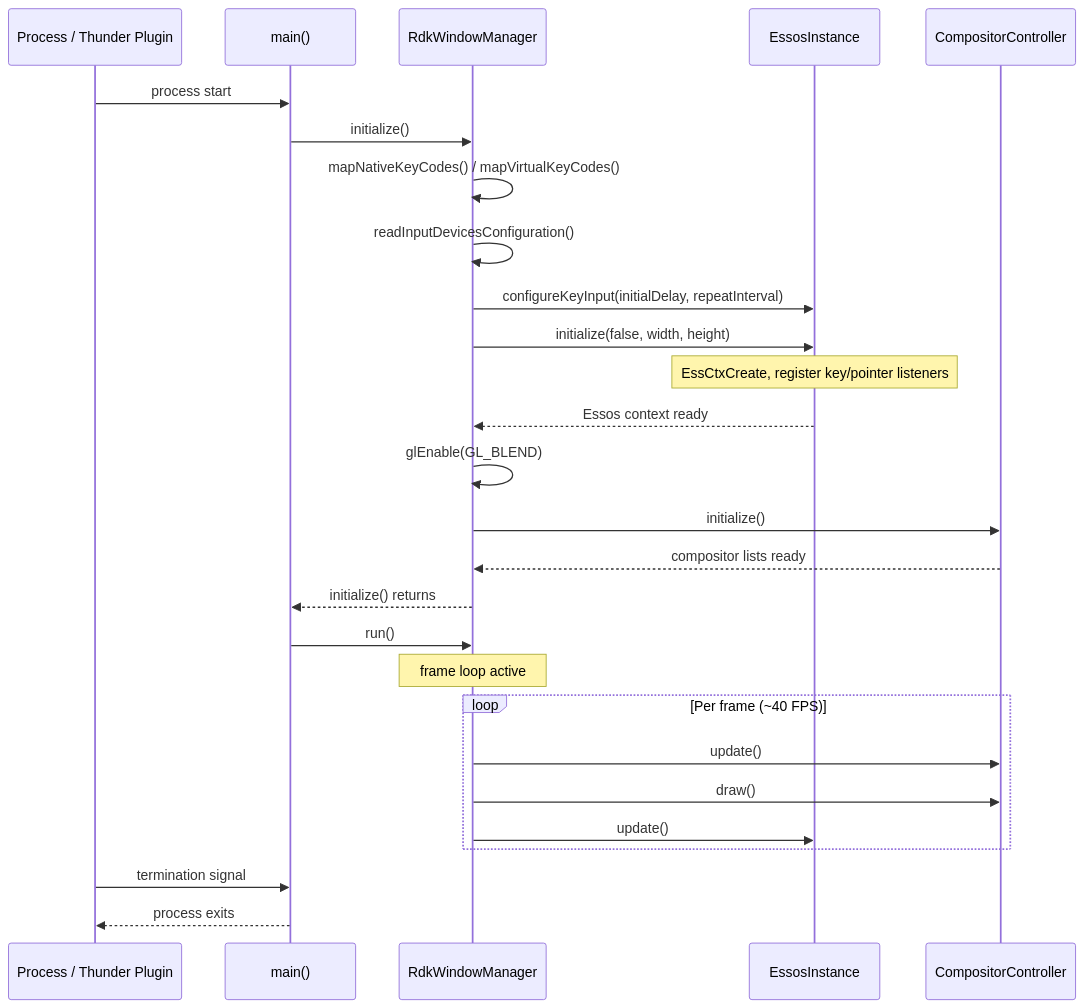
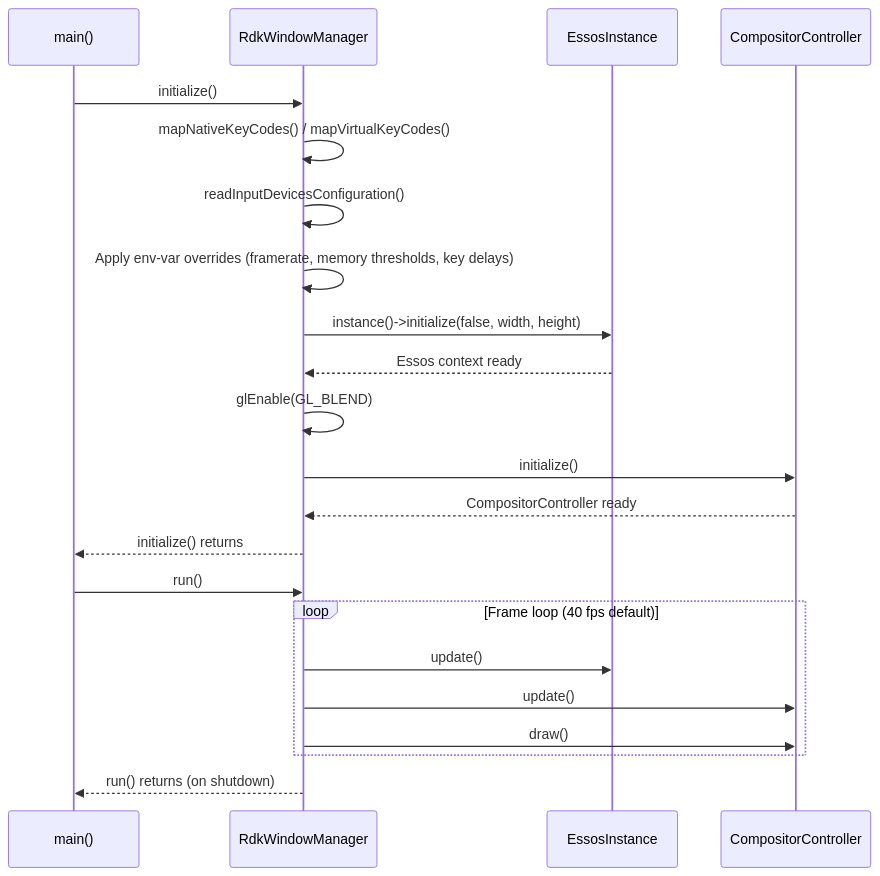
One commit to rns21/RDK_Documentation changed the third of 8 diagrams in docs/docu/RDKV-Documentations/rdkwindowmgr.md. Above: the diagram before and after it, drawn with Mermaid. The commit also changed other lines of this file, not shown here.

````diff
--- a/docs/docu/RDKV-Documentations/rdkwindowmgr.md
+++ b/docs/docu/RDKV-Documentations/rdkwindowmgr.md
@@ -157,32 +159,27 @@
 ```mermaid
 sequenceDiagram
-    participant Proc as Process / Thunder Plugin
     participant Main as main()
-    participant RWM as RdkWindowManager
+    participant WM as RdkWindowManager
     participant Essos as EssosInstance
     participant CC as CompositorController
 
-    Proc->>Main: process start
-    Main->>RWM: initialize()
-    RWM->>RWM: mapNativeKeyCodes() / mapVirtualKeyCodes()
-    RWM->>RWM: readInputDevicesConfiguration()
-    RWM->>Essos: configureKeyInput(initialDelay, repeatInterval)
-    RWM->>Essos: initialize(false, width, height)
-    Note over Essos: EssCtxCreate, register key/pointer listeners
-    Essos-->>RWM: Essos context ready
-    RWM->>RWM: glEnable(GL_BLEND)
-    RWM->>CC: initialize()
-    CC-->>RWM: compositor lists ready
-    RWM-->>Main: initialize() returns
-    Main->>RWM: run()
-    Note over RWM: frame loop active
+    Main->>WM: initialize()
+    WM->>WM: mapNativeKeyCodes() / mapVirtualKeyCodes()
+    WM->>WM: readInputDevicesConfiguration()
+    WM->>WM: Apply env-var overrides (framerate, memory thresholds, key delays)
+    WM->>Essos: instance()->initialize(false, width, height)
+    Essos-->>WM: Essos context ready
+    WM->>WM: glEnable(GL_BLEND)
+    WM->>CC: initialize()
+    CC-->>WM: CompositorController ready
+    WM-->>Main: initialize() returns
 
-    loop Per frame (~40 FPS)
-        RWM->>CC: update()
-        RWM->>CC: draw()
-        RWM->>Essos: update()
+    Main->>WM: run()
+    loop Frame loop (40 fps default)
+        WM->>Essos: update()
+        WM->>CC: update()
+        WM->>CC: draw()
     end
 
-    Proc->>Main: termination signal
-    Main-->>Proc: process exits
+    WM-->>Main: run() returns (on shutdown)
 ```
````
